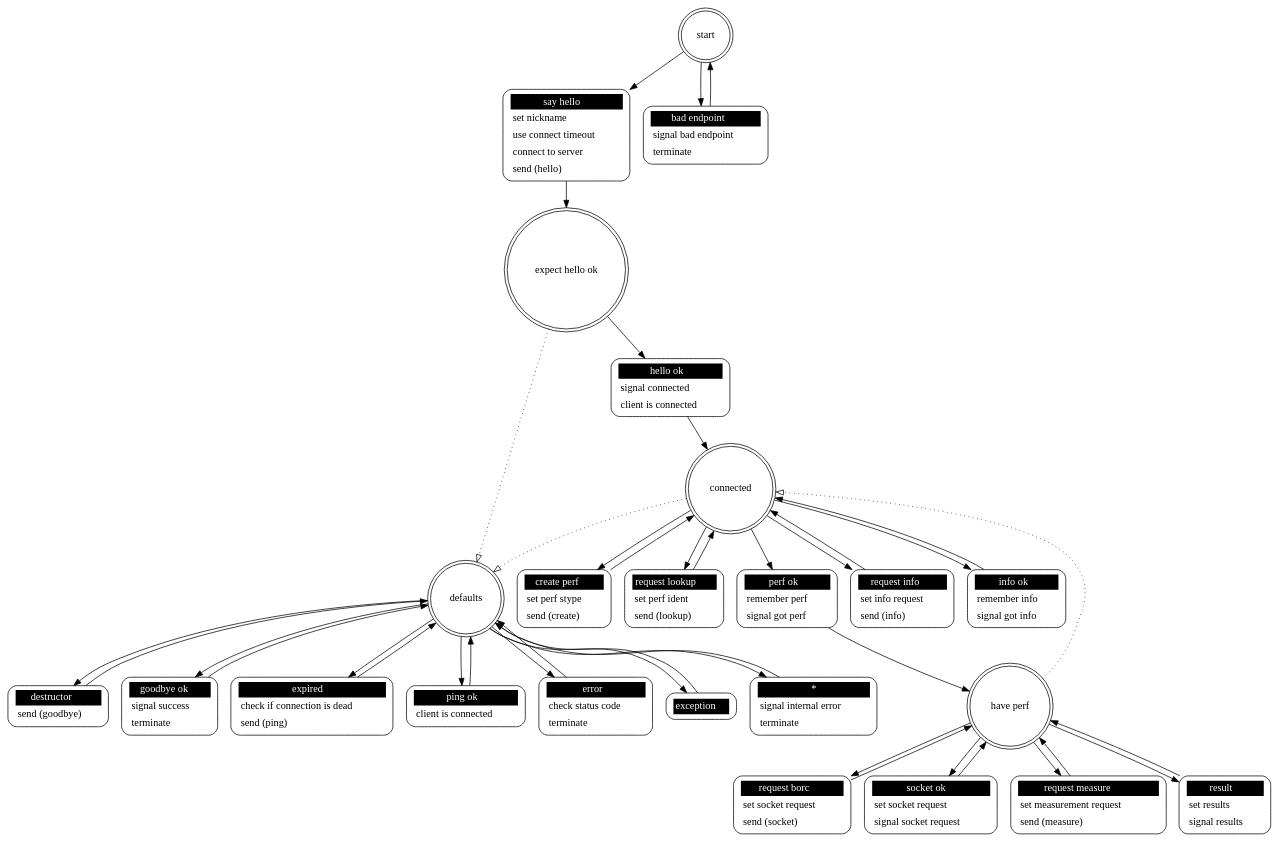
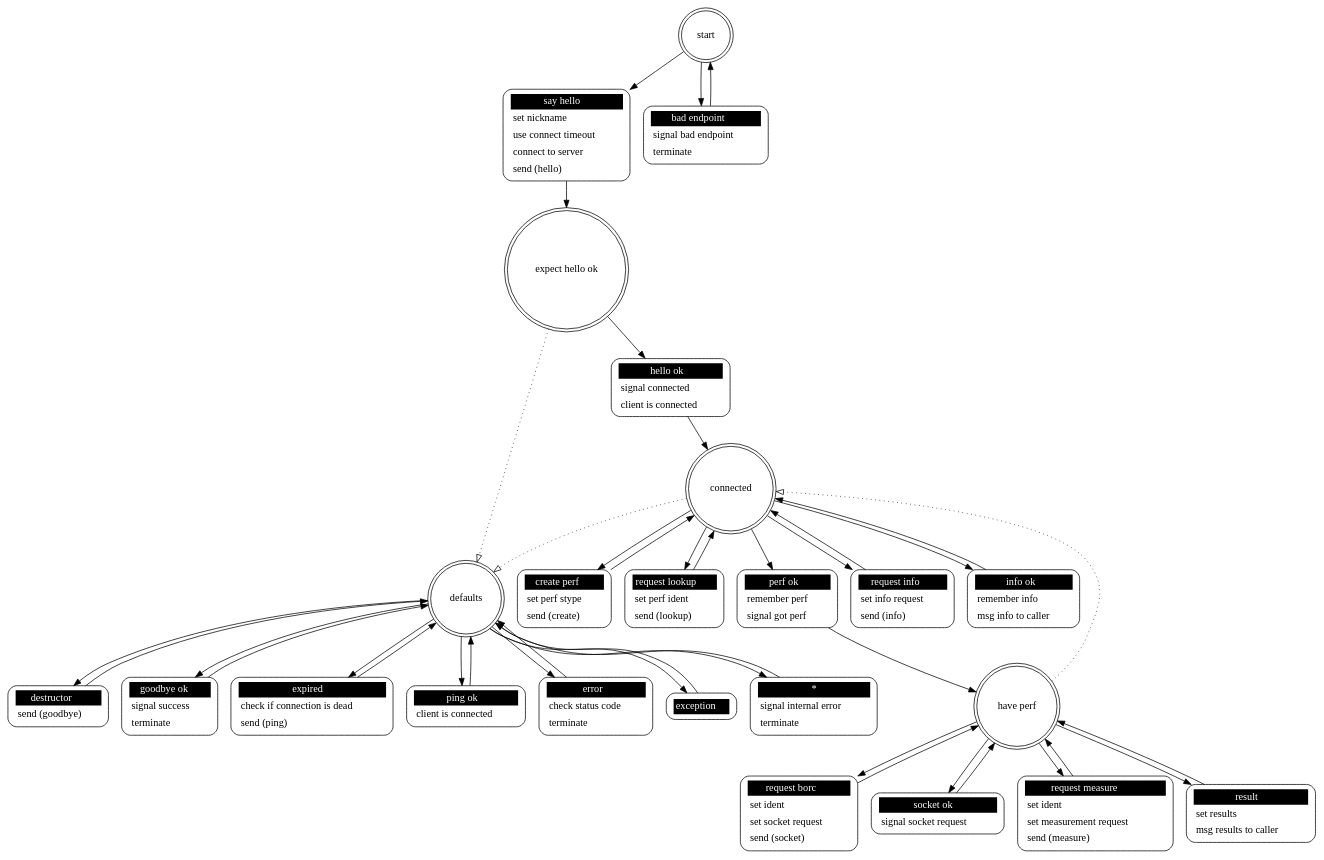
Before and after one commit to brettviren/zperfmq: the diagram in src/zperf_client.dot, drawn with Graphviz. The commit also changed 10 other files, not shown here.

```diff
--- a/src/zperf_client.dot
+++ b/src/zperf_client.dot
@@ -1,73 +1,73 @@
 ## Automatically generated from zperf_client.xml by gsl
 digraph "zperf_client" {
  "expect hello ok" -> "defaults" [style=dotted,arrowhead=empty]
  "connected" -> "defaults" [style=dotted,arrowhead=empty]
  "have perf" -> "connected" [style=dotted,arrowhead=empty]
 
  "start" [shape = "doublecircle"];
  "start say hello" [shape = "Mrecord" style = solid label = <<table border="0" cellborder="0" cellpadding="3" bgcolor="white"><tr><td bgcolor="black" align="center" colspan="2"><font color="white">say hello</font></td></tr><tr><td align="left" port="r3">set nickname</td></tr><tr><td align="left" port="r3">use connect timeout</td></tr><tr><td align="left" port="r3">connect to server</td></tr><tr><td align="left" port="r3">send (hello)</td></tr></table>>];
  "start" -> "start say hello";
  "start say hello" -> "expect hello ok";
  "start bad endpoint" [shape = "Mrecord" style = solid label = <<table border="0" cellborder="0" cellpadding="3" bgcolor="white"><tr><td bgcolor="black" align="center" colspan="2"><font color="white">bad endpoint</font></td></tr><tr><td align="left" port="r3">signal bad endpoint</td></tr><tr><td align="left" port="r3">terminate</td></tr></table>>];
  "start" -> "start bad endpoint";
  "start bad endpoint" -> "start";
 
  "expect hello ok" [shape = "doublecircle"];
  "expect hello ok hello ok" [shape = "Mrecord" style = solid label = <<table border="0" cellborder="0" cellpadding="3" bgcolor="white"><tr><td bgcolor="black" align="center" colspan="2"><font color="white">hello ok</font></td></tr><tr><td align="left" port="r3">signal connected</td></tr><tr><td align="left" port="r3">client is connected</td></tr></table>>];
  "expect hello ok" -> "expect hello ok hello ok";
  "expect hello ok hello ok" -> "connected";
 
  "connected" [shape = "doublecircle"];
  "connected create perf" [shape = "Mrecord" style = solid label = <<table border="0" cellborder="0" cellpadding="3" bgcolor="white"><tr><td bgcolor="black" align="center" colspan="2"><font color="white">create perf</font></td></tr><tr><td align="left" port="r3">set perf stype</td></tr><tr><td align="left" port="r3">send (create)</td></tr></table>>];
  "connected" -> "connected create perf";
  "connected create perf" -> "connected";
  "connected request lookup" [shape = "Mrecord" style = solid label = <<table border="0" cellborder="0" cellpadding="3" bgcolor="white"><tr><td bgcolor="black" align="center" colspan="2"><font color="white">request lookup</font></td></tr><tr><td align="left" port="r3">set perf ident</td></tr><tr><td align="left" port="r3">send (lookup)</td></tr></table>>];
  "connected" -> "connected request lookup";
  "connected request lookup" -> "connected";
  "connected perf ok" [shape = "Mrecord" style = solid label = <<table border="0" cellborder="0" cellpadding="3" bgcolor="white"><tr><td bgcolor="black" align="center" colspan="2"><font color="white">perf ok</font></td></tr><tr><td align="left" port="r3">remember perf</td></tr><tr><td align="left" port="r3">signal got perf</td></tr></table>>];
  "connected" -> "connected perf ok";
  "connected perf ok" -> "have perf";
  "connected request info" [shape = "Mrecord" style = solid label = <<table border="0" cellborder="0" cellpadding="3" bgcolor="white"><tr><td bgcolor="black" align="center" colspan="2"><font color="white">request info</font></td></tr><tr><td align="left" port="r3">set info request</td></tr><tr><td align="left" port="r3">send (info)</td></tr></table>>];
  "connected" -> "connected request info";
  "connected request info" -> "connected";
- "connected info ok" [shape = "Mrecord" style = solid label = <<table border="0" cellborder="0" cellpadding="3" bgcolor="white"><tr><td bgcolor="black" align="center" colspan="2"><font color="white">info ok</font></td></tr><tr><td align="left" port="r3">remember info</td></tr><tr><td align="left" port="r3">signal got info</td></tr></table>>];
+ "connected info ok" [shape = "Mrecord" style = solid label = <<table border="0" cellborder="0" cellpadding="3" bgcolor="white"><tr><td bgcolor="black" align="center" colspan="2"><font color="white">info ok</font></td></tr><tr><td align="left" port="r3">remember info</td></tr><tr><td align="left" port="r3">msg info to caller</td></tr></table>>];
  "connected" -> "connected info ok";
  "connected info ok" -> "connected";
 
  "have perf" [shape = "doublecircle"];
- "have perf request borc" [shape = "Mrecord" style = solid label = <<table border="0" cellborder="0" cellpadding="3" bgcolor="white"><tr><td bgcolor="black" align="center" colspan="2"><font color="white">request borc</font></td></tr><tr><td align="left" port="r3">set socket request</td></tr><tr><td align="left" port="r3">send (socket)</td></tr></table>>];
+ "have perf request borc" [shape = "Mrecord" style = solid label = <<table border="0" cellborder="0" cellpadding="3" bgcolor="white"><tr><td bgcolor="black" align="center" colspan="2"><font color="white">request borc</font></td></tr><tr><td align="left" port="r3">set ident</td></tr><tr><td align="left" port="r3">set socket request</td></tr><tr><td align="left" port="r3">send (socket)</td></tr></table>>];
  "have perf" -> "have perf request borc";
  "have perf request borc" -> "have perf";
- "have perf socket ok" [shape = "Mrecord" style = solid label = <<table border="0" cellborder="0" cellpadding="3" bgcolor="white"><tr><td bgcolor="black" align="center" colspan="2"><font color="white">socket ok</font></td></tr><tr><td align="left" port="r3">set socket request</td></tr><tr><td align="left" port="r3">signal socket request</td></tr></table>>];
+ "have perf socket ok" [shape = "Mrecord" style = solid label = <<table border="0" cellborder="0" cellpadding="3" bgcolor="white"><tr><td bgcolor="black" align="center" colspan="2"><font color="white">socket ok</font></td></tr><tr><td align="left" port="r3">signal socket request</td></tr></table>>];
  "have perf" -> "have perf socket ok";
  "have perf socket ok" -> "have perf";
- "have perf request measure" [shape = "Mrecord" style = solid label = <<table border="0" cellborder="0" cellpadding="3" bgcolor="white"><tr><td bgcolor="black" align="center" colspan="2"><font color="white">request measure</font></td></tr><tr><td align="left" port="r3">set measurement request</td></tr><tr><td align="left" port="r3">send (measure)</td></tr></table>>];
+ "have perf request measure" [shape = "Mrecord" style = solid label = <<table border="0" cellborder="0" cellpadding="3" bgcolor="white"><tr><td bgcolor="black" align="center" colspan="2"><font color="white">request measure</font></td></tr><tr><td align="left" port="r3">set ident</td></tr><tr><td align="left" port="r3">set measurement request</td></tr><tr><td align="left" port="r3">send (measure)</td></tr></table>>];
  "have perf" -> "have perf request measure";
  "have perf request measure" -> "have perf";
- "have perf result" [shape = "Mrecord" style = solid label = <<table border="0" cellborder="0" cellpadding="3" bgcolor="white"><tr><td bgcolor="black" align="center" colspan="2"><font color="white">result</font></td></tr><tr><td align="left" port="r3">set results</td></tr><tr><td align="left" port="r3">signal results</td></tr></table>>];
+ "have perf result" [shape = "Mrecord" style = solid label = <<table border="0" cellborder="0" cellpadding="3" bgcolor="white"><tr><td bgcolor="black" align="center" colspan="2"><font color="white">result</font></td></tr><tr><td align="left" port="r3">set results</td></tr><tr><td align="left" port="r3">msg results to caller</td></tr></table>>];
  "have perf" -> "have perf result";
  "have perf result" -> "have perf";
 
  "defaults" [shape = "doublecircle"];
  "defaults destructor" [shape = "Mrecord" style = solid label = <<table border="0" cellborder="0" cellpadding="3" bgcolor="white"><tr><td bgcolor="black" align="center" colspan="2"><font color="white">destructor</font></td></tr><tr><td align="left" port="r3">send (goodbye)</td></tr></table>>];
  "defaults" -> "defaults destructor";
  "defaults destructor" -> "defaults";
  "defaults goodbye ok" [shape = "Mrecord" style = solid label = <<table border="0" cellborder="0" cellpadding="3" bgcolor="white"><tr><td bgcolor="black" align="center" colspan="2"><font color="white">goodbye ok</font></td></tr><tr><td align="left" port="r3">signal success</td></tr><tr><td align="left" port="r3">terminate</td></tr></table>>];
  "defaults" -> "defaults goodbye ok";
  "defaults goodbye ok" -> "defaults";
  "defaults expired" [shape = "Mrecord" style = solid label = <<table border="0" cellborder="0" cellpadding="3" bgcolor="white"><tr><td bgcolor="black" align="center" colspan="2"><font color="white">expired</font></td></tr><tr><td align="left" port="r3">check if connection is dead</td></tr><tr><td align="left" port="r3">send (ping)</td></tr></table>>];
  "defaults" -> "defaults expired";
  "defaults expired" -> "defaults";
  "defaults ping ok" [shape = "Mrecord" style = solid label = <<table border="0" cellborder="0" cellpadding="3" bgcolor="white"><tr><td bgcolor="black" align="center" colspan="2"><font color="white">ping ok</font></td></tr><tr><td align="left" port="r3">client is connected</td></tr></table>>];
  "defaults" -> "defaults ping ok";
  "defaults ping ok" -> "defaults";
  "defaults error" [shape = "Mrecord" style = solid label = <<table border="0" cellborder="0" cellpadding="3" bgcolor="white"><tr><td bgcolor="black" align="center" colspan="2"><font color="white">error</font></td></tr><tr><td align="left" port="r3">check status code</td></tr><tr><td align="left" port="r3">terminate</td></tr></table>>];
  "defaults" -> "defaults error";
  "defaults error" -> "defaults";
  "defaults exception" [shape = "Mrecord" style = solid label = <<table border="0" cellborder="0" cellpadding="3" bgcolor="white"><tr><td bgcolor="black" align="center" colspan="2"><font color="white">exception</font></td></tr></table>>];
  "defaults" -> "defaults exception";
  "defaults exception" -> "defaults";
  "defaults *" [shape = "Mrecord" style = solid label = <<table border="0" cellborder="0" cellpadding="3" bgcolor="white"><tr><td bgcolor="black" align="center" colspan="2"><font color="white">*</font></td></tr><tr><td align="left" port="r3">signal internal error</td></tr><tr><td align="left" port="r3">terminate</td></tr></table>>];
  "defaults" -> "defaults *";
  "defaults *" -> "defaults";
 }
```
